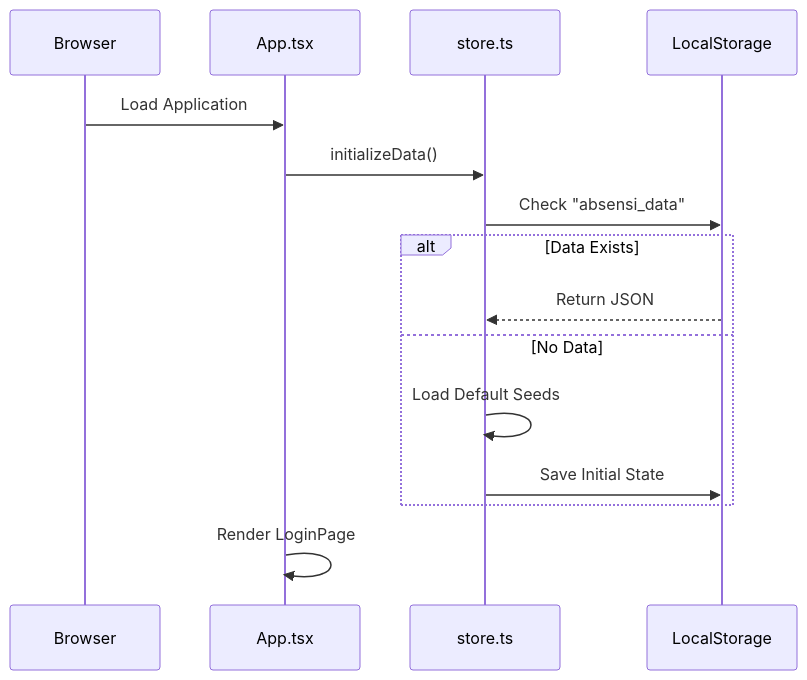
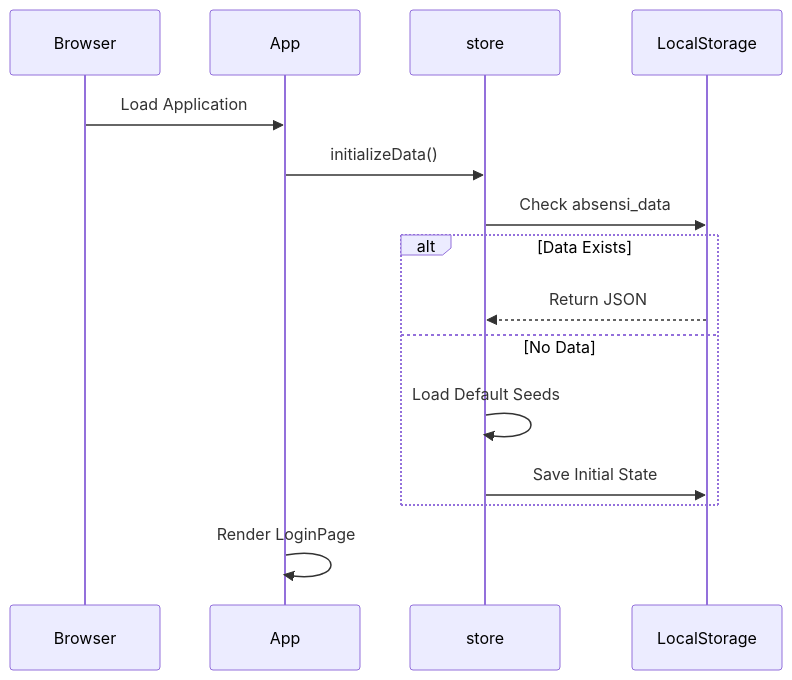
One commit to Delta-Polder-Indonesia/siakad-sekolah changed the fourth of 24 diagrams in README.md. Above: the diagram before and after it, drawn with Mermaid. The commit also changed other lines of this file and 13 other files, not shown here.

````diff
--- a/README.md
+++ b/README.md
@@ -439,18 +439,18 @@
 ```mermaid
 sequenceDiagram
     participant User as Browser
-    participant App as App.tsx
-    participant Store as store.ts
+    participant App as App
+    participant Store as store
     participant LS as LocalStorage
 
     User->>App: Load Application
     App->>Store: initializeData()
-    Store->>LS: Check "absensi_data"
+    Store->>LS: Check absensi_data
     alt Data Exists
         LS-->>Store: Return JSON
     else No Data
         Store->>Store: Load Default Seeds
         Store->>LS: Save Initial State
     end
     App->>App: Render LoginPage
 ```
````
